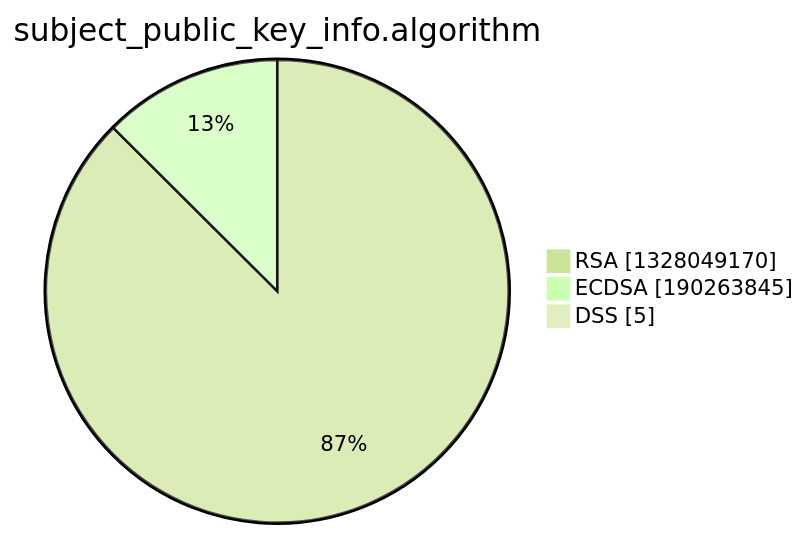
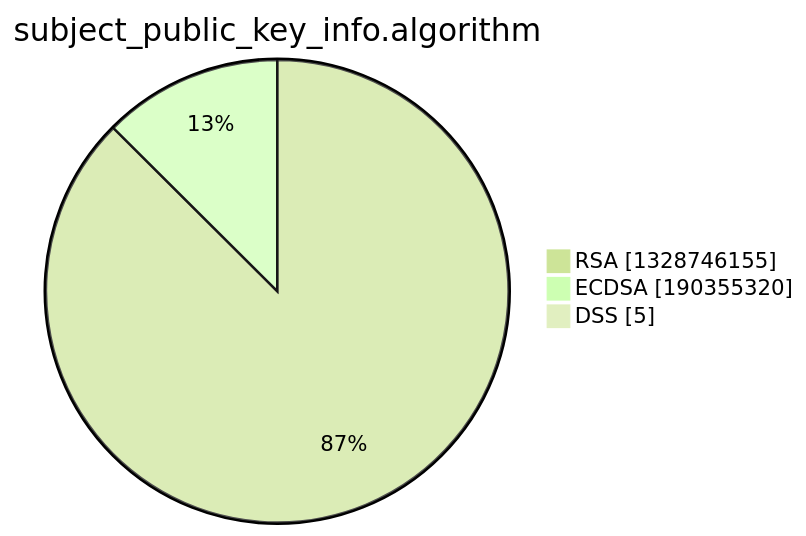
Before and after one commit to christiankrug/ctmonitor_visualization: the third of 15 diagrams in xenon2022/README.md, drawn with Mermaid (forest theme). The commit also changed other lines of this file, not shown here.

````diff
--- a/xenon2022/README.md
+++ b/xenon2022/README.md
@@ -14,7 +14,7 @@
 ```mermaid
 pie showData
 title subject_public_key_info.algorithm
-"RSA" :1328049170
-"ECDSA" :190263845
+"RSA" :1328746155
+"ECDSA" :190355320
 "DSS" :5
 ```
````
